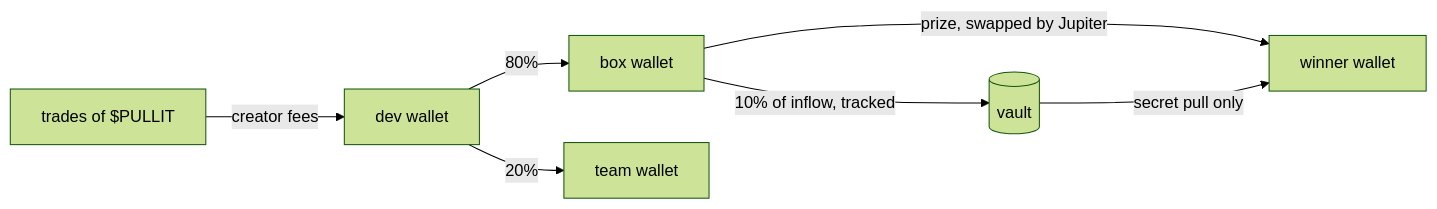
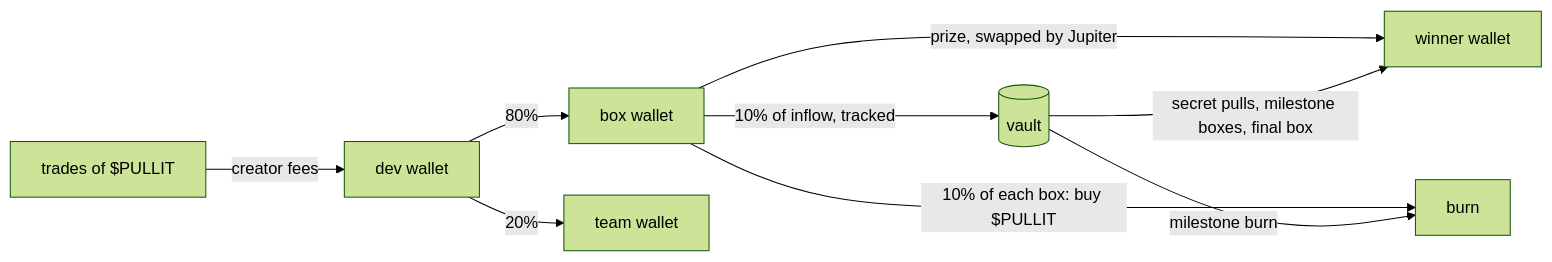
Before and after one commit to pullitbox/pullit: the first of 2 diagrams in docs/architecture.md, drawn with Mermaid (forest theme). The commit also changed other lines of this file and 38 other files, not shown here.

````diff
--- a/docs/architecture.md
+++ b/docs/architecture.md
@@ -7,9 +7,11 @@
 ```mermaid
 flowchart LR
   T[trades of $PULLIT] -->|creator fees| D[dev wallet]
   D -->|80%| B[box wallet]
   D -->|20%| TM[team wallet]
   B -->|10% of inflow, tracked| V[(vault)]
   B -->|prize, swapped by Jupiter| W[winner wallet]
-  V -->|secret pull only| W
+  B -->|10% of each box: buy $PULLIT| X[burn]
+  V -->|secret pulls, milestone boxes, final box| W
+  V -->|milestone burn| X
 ```
````
